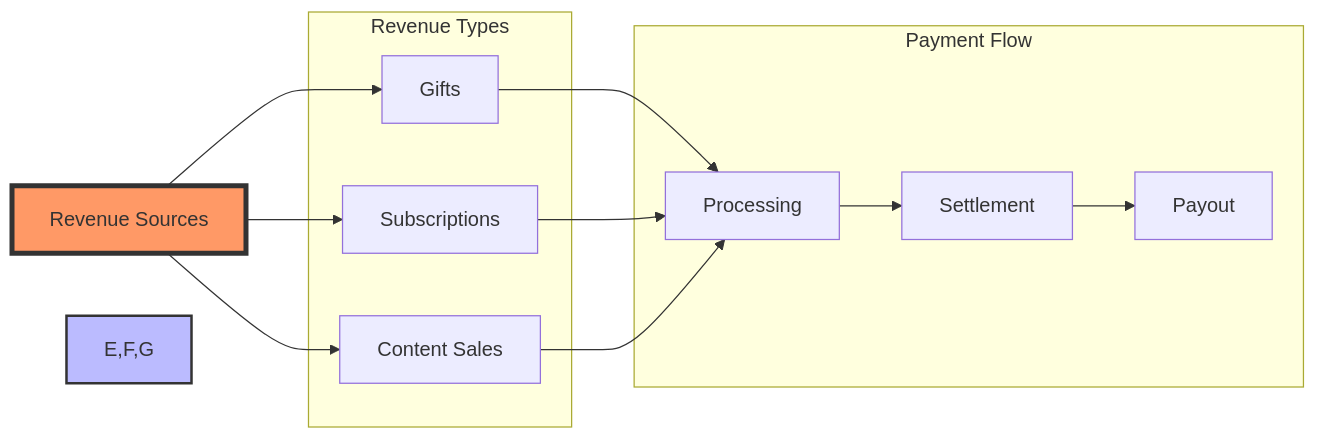
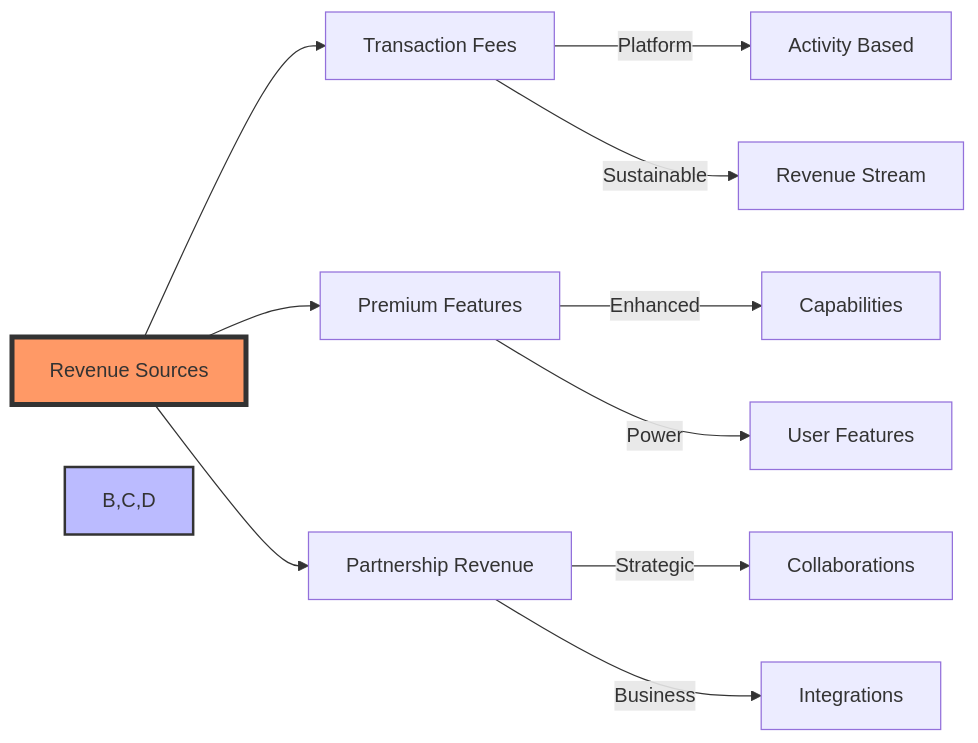
One commit to MEMEFANS/memefans changed the eighth of 15 diagrams in docs/whitepaper/product-features.md. Above: the diagram before and after it, drawn with Mermaid. The commit also changed other lines of this file, not shown here.

First line of the commit message:
feat: add product feature diagrams

````diff
--- a/docs/whitepaper/product-features.md
+++ b/docs/whitepaper/product-features.md
@@ -212,28 +294,18 @@
 ```mermaid
 graph LR
-    A[Revenue Sources] --> B[Gifts]
-    A --> C[Subscriptions]
-    A --> D[Content Sales]
-
-    B --> E[Processing]
-    C --> E
-    D --> E
-
-    E --> F[Settlement]
-    F --> G[Payout]
-
-    subgraph Payment Flow
-        E
-        F
-        G
-    end
-
-    subgraph Revenue Types
-        B
-        C
-        D
-    end
-
+    A[Revenue Sources] --> B[Transaction Fees]
+    A --> C[Premium Features]
+    A --> D[Partnership Revenue]
+    
+    B -->|Platform| B1[Activity Based]
+    B -->|Sustainable| B2[Revenue Stream]
+    
+    C -->|Enhanced| C1[Capabilities]
+    C -->|Power| C2[User Features]
+    
+    D -->|Strategic| D1[Collaborations]
+    D -->|Business| D2[Integrations]
+    
     style A fill:#f96,stroke:#333,stroke-width:4px
-    style E,F,G fill:#bbf,stroke:#333,stroke-width:2px
+    style B,C,D fill:#bbf,stroke:#333,stroke-width:2px
 ```
````
